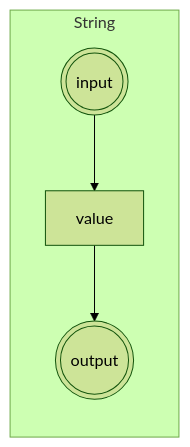
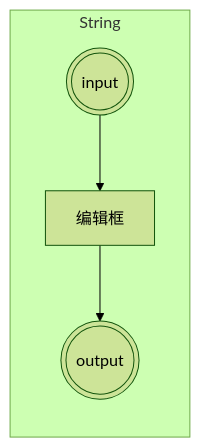
The first of 7 diagrams in docs/product/low-code-canvas.md (sisi0318/tool-website), drawn with Mermaid (forest theme) before and after one commit. The commit also changed other lines of this file, not shown here.

````diff
--- a/docs/product/low-code-canvas.md
+++ b/docs/product/low-code-canvas.md
@@ -44,7 +44,7 @@
 ```mermaid
 graph LR
     subgraph StringNode ["String"]
-        in((("input"))) --> value["value"]
+        in((("input"))) --> value["编辑框"]
         value --> out((("output")))
     end
 ```
````
